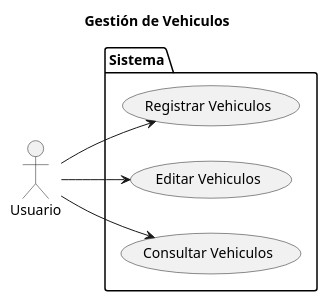
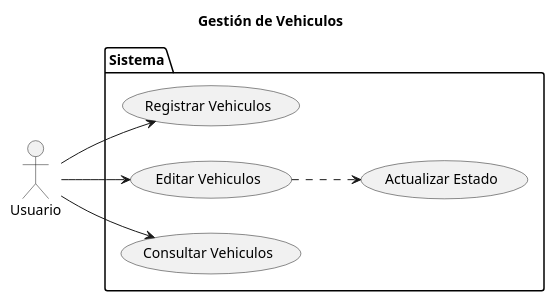
One commit to marcelolezcanodev/GarageGuru changed the diagram in Diagramas/caso_de_uso_Vehiculos.plantuml. Above: the diagram before and after it, drawn with PlantUML. The commit also changed 4 other files, not shown here.

```diff
--- a/Diagramas/caso_de_uso_Vehiculos.plantuml
+++ b/Diagramas/caso_de_uso_Vehiculos.plantuml
@@ -1,21 +1,24 @@
-@startuml usuario
+@startuml vehiculos
 
 left to right direction
 
 title Gestión de Vehiculos
 
 actor Usuario as User
 
 package Sistema {
 
     USECASE "Registrar Vehiculos" as UC_Registrar
     USECASE "Editar Vehiculos" as UC_Editar
     USECASE "Consultar Vehiculos" as UC_Consultar
+    USECASE "Actualizar Estado" as UC_Actualizar_Estado
+
+    UC_Editar ..> UC_Actualizar_Estado
 
 }
 
 User --> UC_Registrar
 User --> UC_Editar
 User --> UC_Consultar
 
 @enduml
```
